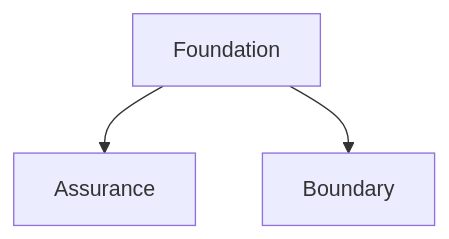
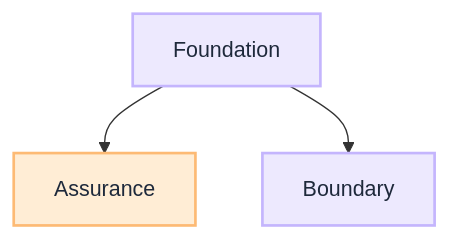
One commit to iamsharmajitender/gain changed the diagram in docs/playbooks/governance/runtime/overview.mdx. Above: the diagram before and after it, drawn with Mermaid. The commit also changed other lines of this file and 74 other files, not shown here.

````diff
--- a/docs/playbooks/governance/runtime/overview.mdx
+++ b/docs/playbooks/governance/runtime/overview.mdx
@@ -40,8 +40,14 @@
 ```mermaid
 flowchart TB
   F[Foundation]
   A[Assurance]
   B[Boundary]
   F --> A
   F --> B
+
+  classDef process fill:#ede9fe,stroke:#c4b5fd,color:#1e293b,stroke-width:2px
+  classDef gate fill:#ffedd5,stroke:#fdba74,color:#1e293b,stroke-width:2px
+
+  class F,B process
+  class A gate
 ```
````
